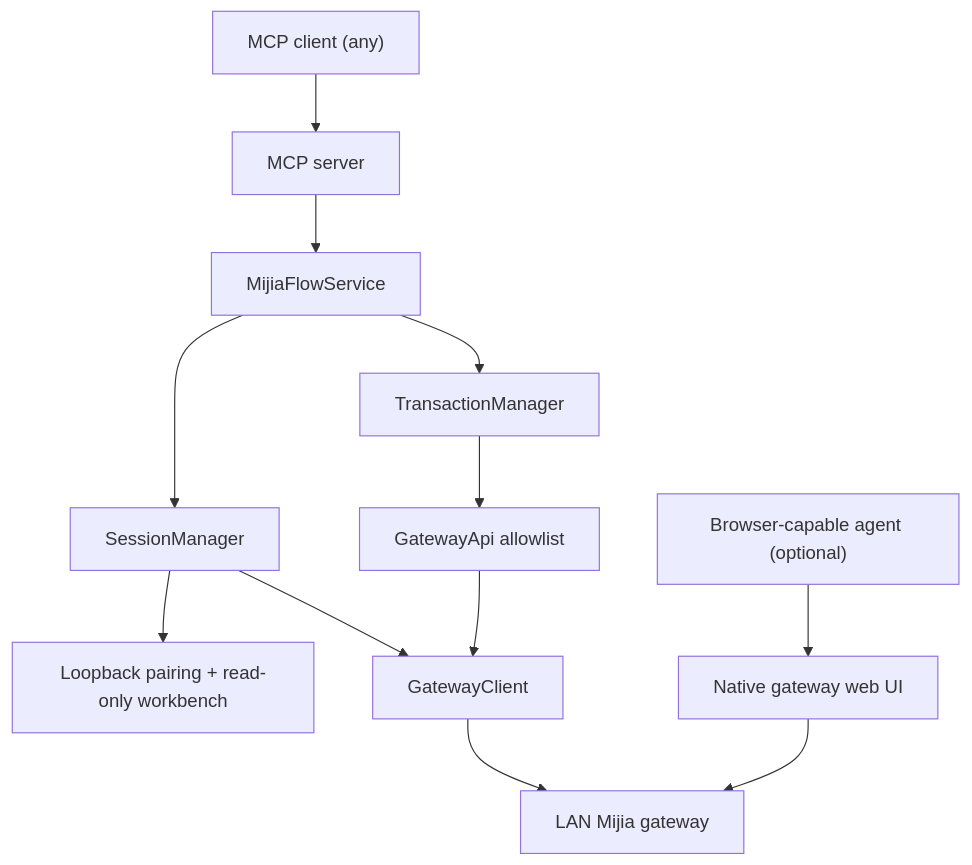
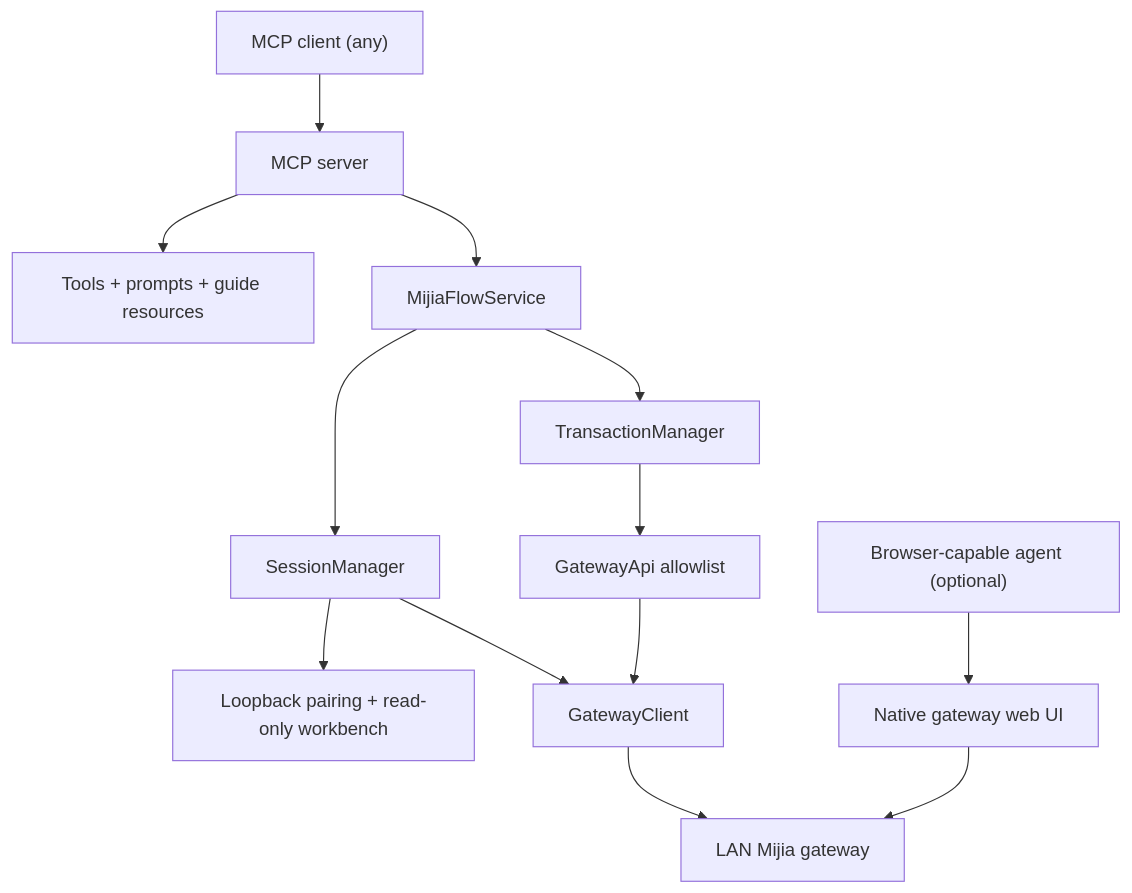
One commit to xmx-emm/mijiaflow changed the diagram in PROJECT_CONTEXT.md. Above: the diagram before and after it, drawn with Mermaid. The commit also changed other lines of this file and 8 other files, not shown here.

````diff
--- a/PROJECT_CONTEXT.md
+++ b/PROJECT_CONTEXT.md
@@ -18,14 +20,15 @@
 ```mermaid
 graph TD
   McpClient["MCP client (any)"] --> MCP["MCP server"]
+  MCP --> Tools["Tools + prompts + guide resources"]
   MCP --> Service["MijiaFlowService"]
   Service --> Session["SessionManager"]
   Service --> Transactions["TransactionManager"]
   Session --> Pairing["Loopback pairing + read-only workbench"]
   Session --> Client["GatewayClient"]
   Client --> Gateway["LAN Mijia gateway"]
   Transactions --> API["GatewayApi allowlist"]
   API --> Client
   Agent["Browser-capable agent (optional)"] --> Browser["Native gateway web UI"]
   Browser --> Gateway
 ```
````
